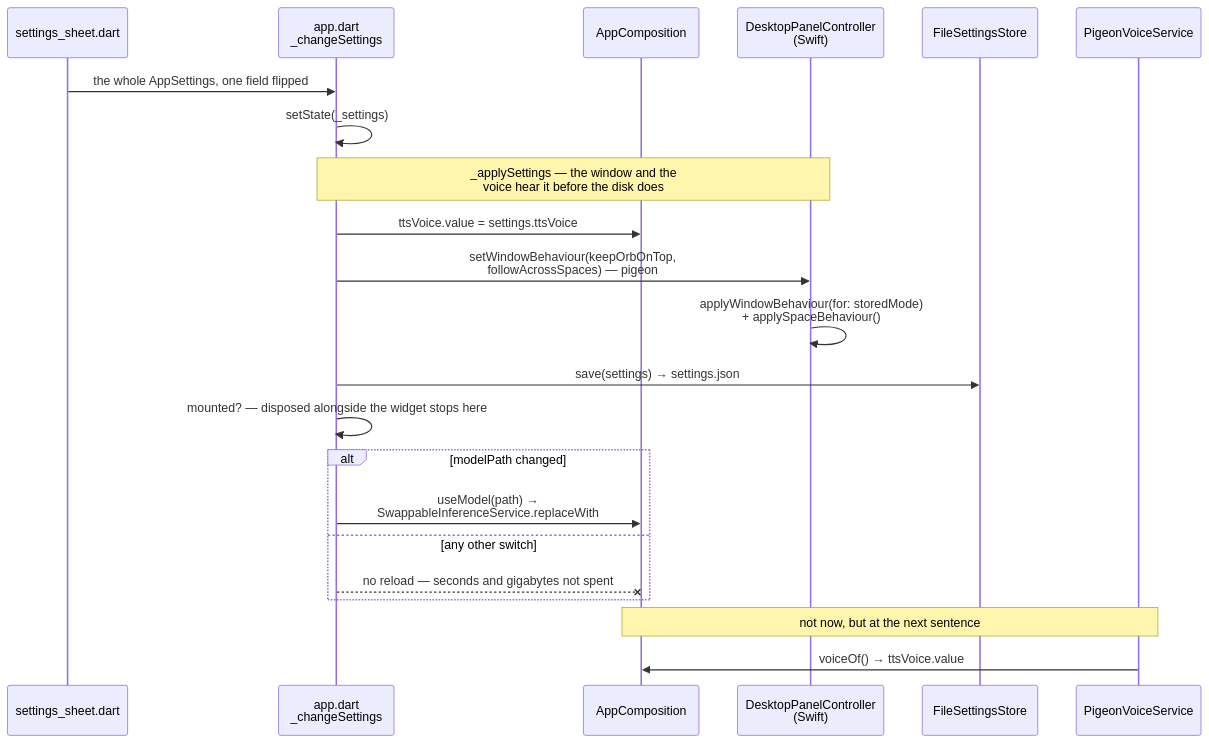
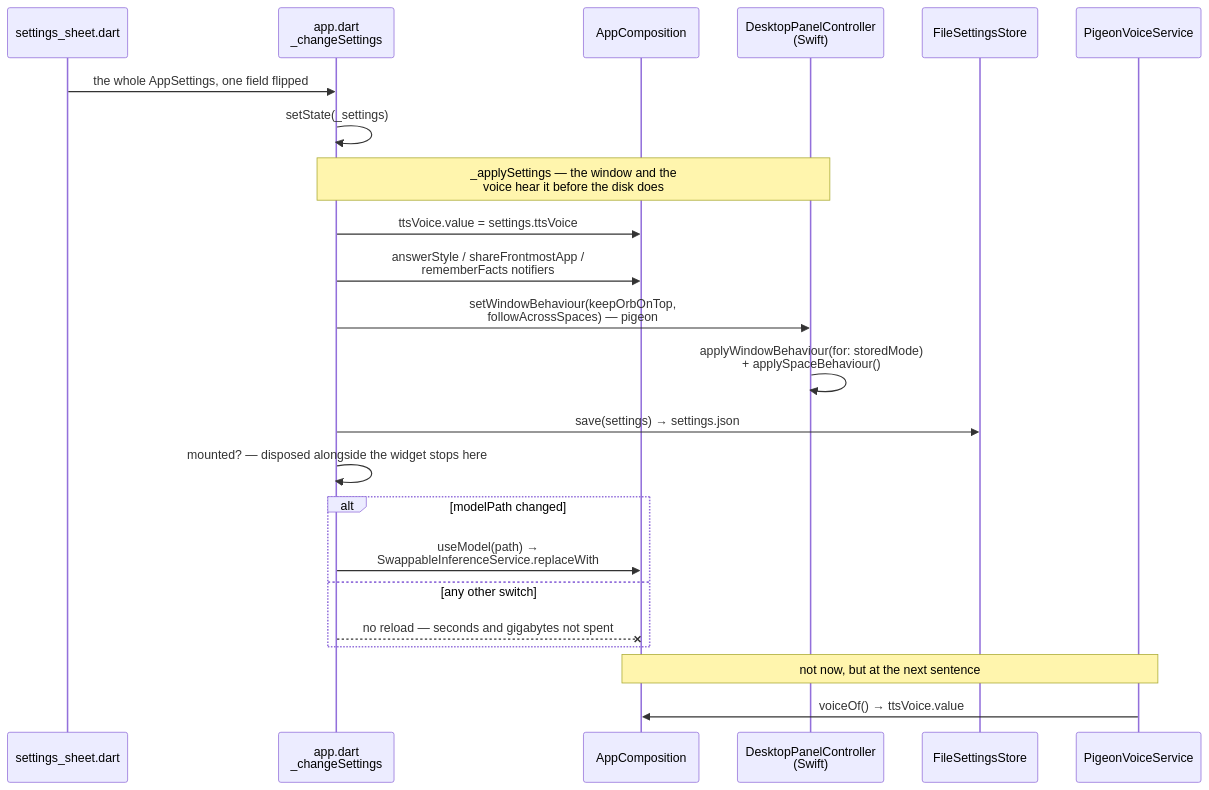
The diagram in docs/features/settings.md (chyiiiiiiiiiiii/lulo), drawn with Mermaid before and after one commit. The commit also changed other lines of this file and 41 other files, not shown here.

````diff
--- a/docs/features/settings.md
+++ b/docs/features/settings.md
@@ -81,25 +95,26 @@
 ```mermaid
 sequenceDiagram
     participant Sheet as settings_sheet.dart
     participant App as app.dart<br/>_changeSettings
     participant Comp as AppComposition
     participant Panel as DesktopPanelController<br/>(Swift)
     participant Store as FileSettingsStore
     participant Voice as PigeonVoiceService
 
     Sheet->>App: the whole AppSettings, one field flipped
     App->>App: setState(_settings)
     Note over App,Panel: _applySettings — the window and the<br/>voice hear it before the disk does
     App->>Comp: ttsVoice.value = settings.ttsVoice
+    App->>Comp: answerStyle / shareFrontmostApp /<br/>rememberFacts notifiers
     App->>Panel: setWindowBehaviour(keepOrbOnTop,<br/>followAcrossSpaces) — pigeon
     Panel->>Panel: applyWindowBehaviour(for: storedMode)<br/>+ applySpaceBehaviour()
     App->>Store: save(settings) → settings.json
     App->>App: mounted? — disposed alongside the widget stops here
     alt modelPath changed
         App->>Comp: useModel(path) →<br/>SwappableInferenceService.replaceWith
     else any other switch
         App--xComp: no reload — seconds and gigabytes not spent
     end
     Note over Comp,Voice: not now, but at the next sentence
     Voice->>Comp: voiceOf() → ttsVoice.value
 ```
````
